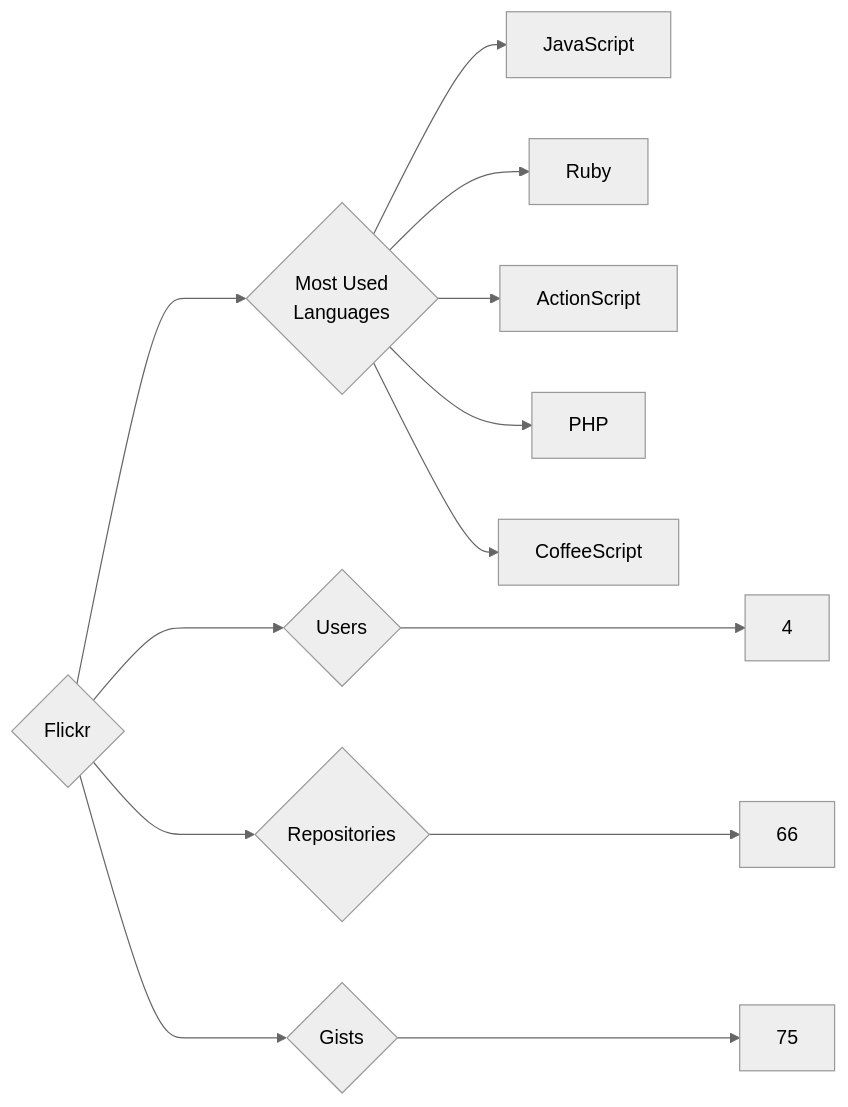
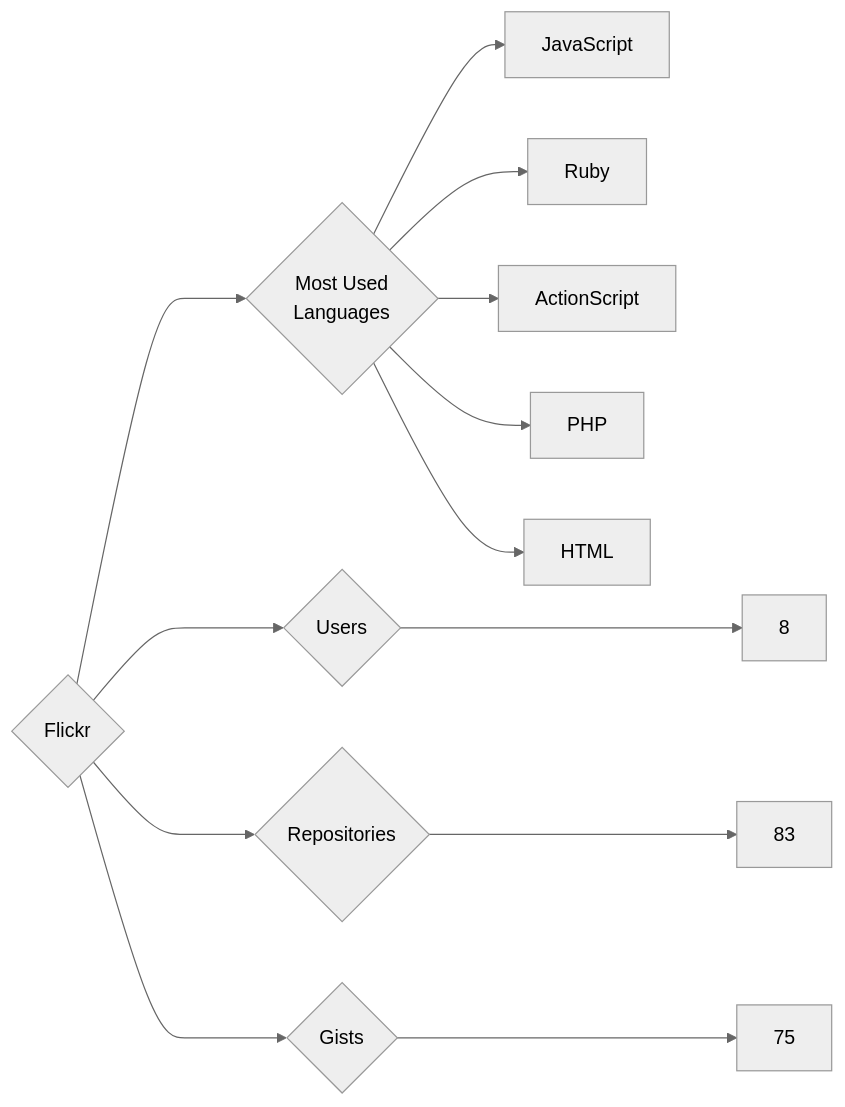
Before and after one commit to trickest/insiders: the diagram in targets/Flickr/README.md, drawn with Mermaid (neutral theme). The commit also changed 930 other files, not shown here.

````diff
--- a/targets/Flickr/README.md
+++ b/targets/Flickr/README.md
@@ -3,13 +3,13 @@
 ```mermaid
 graph LR
 COMPANY_NAME{Flickr}
-COMPANY_NAME ---> U{Users} ---> UN[4]
-COMPANY_NAME ---> R{Repositories} ---> RN[66]
+COMPANY_NAME ---> U{Users} ---> UN[8]
+COMPANY_NAME ---> R{Repositories} ---> RN[83]
 COMPANY_NAME ---> G{Gists} ---> GN[75]
 COMPANY_NAME ---> ML{Most Used<br>Languages}
 ML --> JavaScript[JavaScript]
 ML --> Ruby[Ruby]
 ML --> ActionScript[ActionScript]
 ML --> PHP[PHP]
-ML --> CoffeeScript[CoffeeScript]
+ML --> HTML[HTML]
 ```
````
